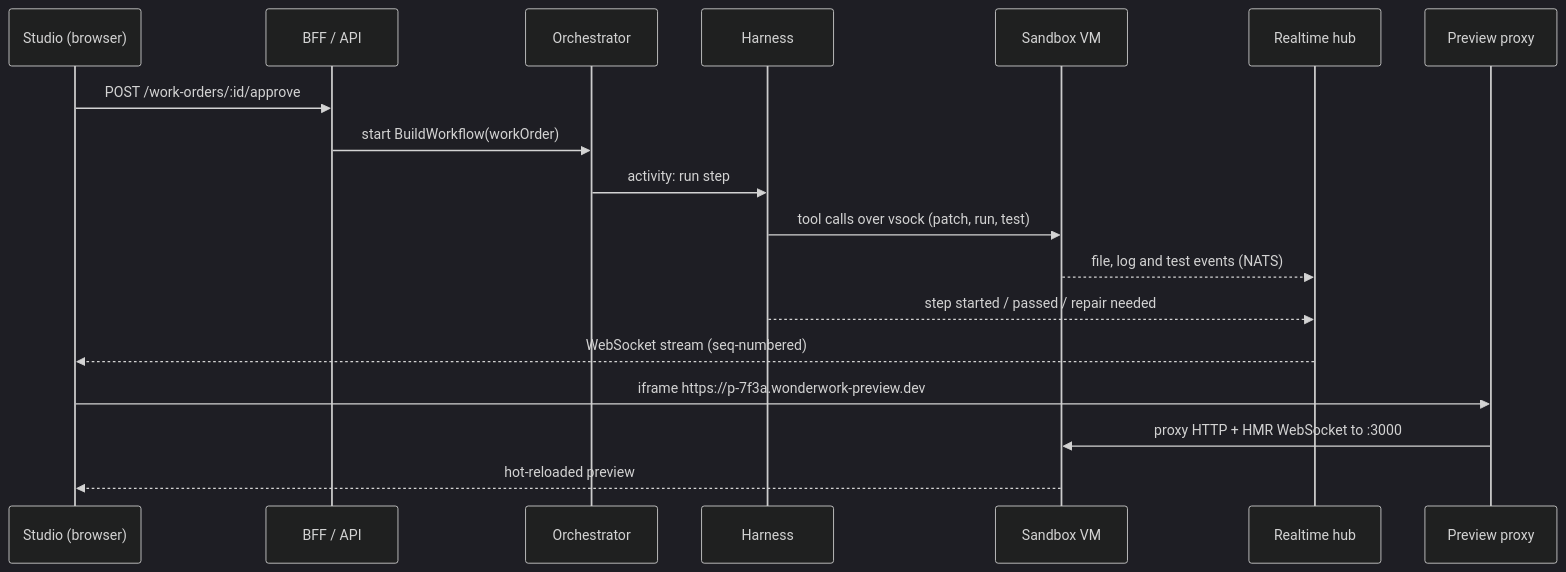
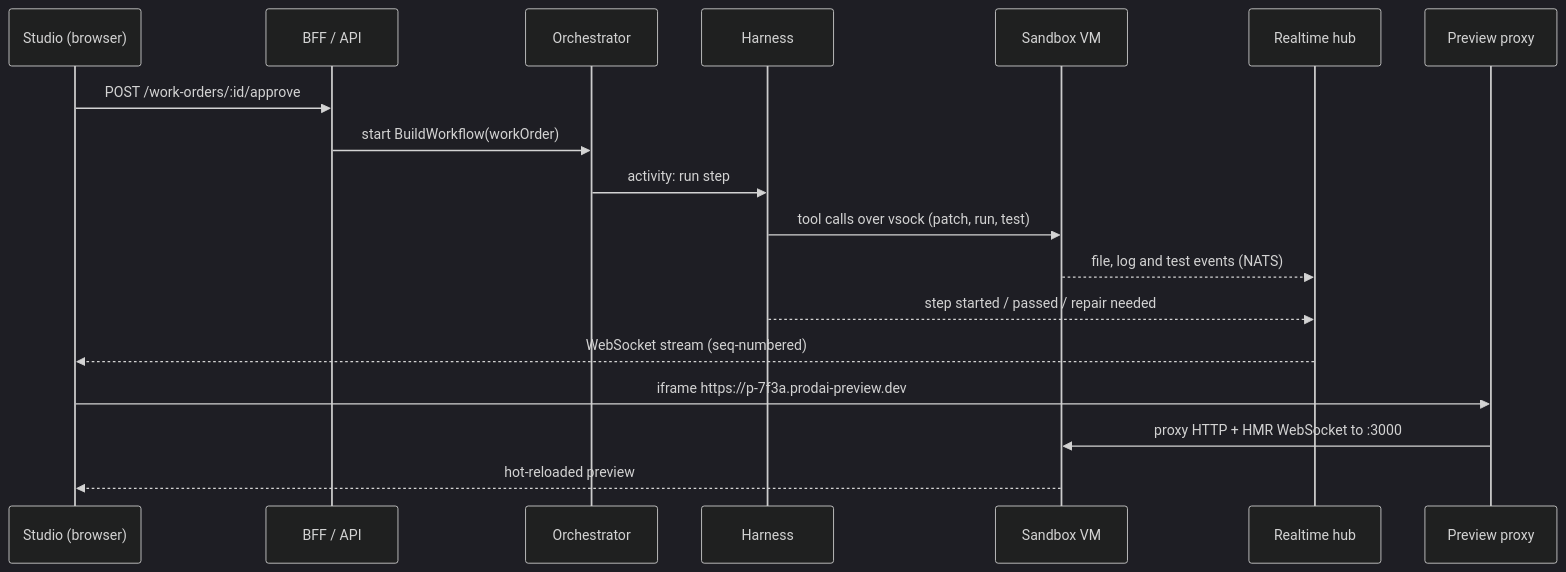
The second of 3 diagrams in ARCHITECTURE.md (aryansaharan/architect-2), drawn with Mermaid (dark theme) before and after one commit. The commit also changed other lines of this file and 46 other files, not shown here.

````diff
--- a/ARCHITECTURE.md
+++ b/ARCHITECTURE.md
@@ -287,20 +287,20 @@
 ```mermaid
 sequenceDiagram
   participant U as Studio (browser)
   participant B as BFF / API
   participant O as Orchestrator
   participant H as Harness
   participant S as Sandbox VM
   participant R as Realtime hub
   participant P as Preview proxy
   U->>B: POST /work-orders/:id/approve
   B->>O: start BuildWorkflow(workOrder)
   O->>H: activity: run step
   H->>S: tool calls over vsock (patch, run, test)
   S-->>R: file, log and test events (NATS)
   H-->>R: step started / passed / repair needed
   R-->>U: WebSocket stream (seq-numbered)
-  U->>P: iframe https://p-7f3a.wonderwork-preview.dev
+  U->>P: iframe https://p-7f3a.prodai-preview.dev
   P->>S: proxy HTTP + HMR WebSocket to :3000
   S-->>U: hot-reloaded preview
 ```
````
